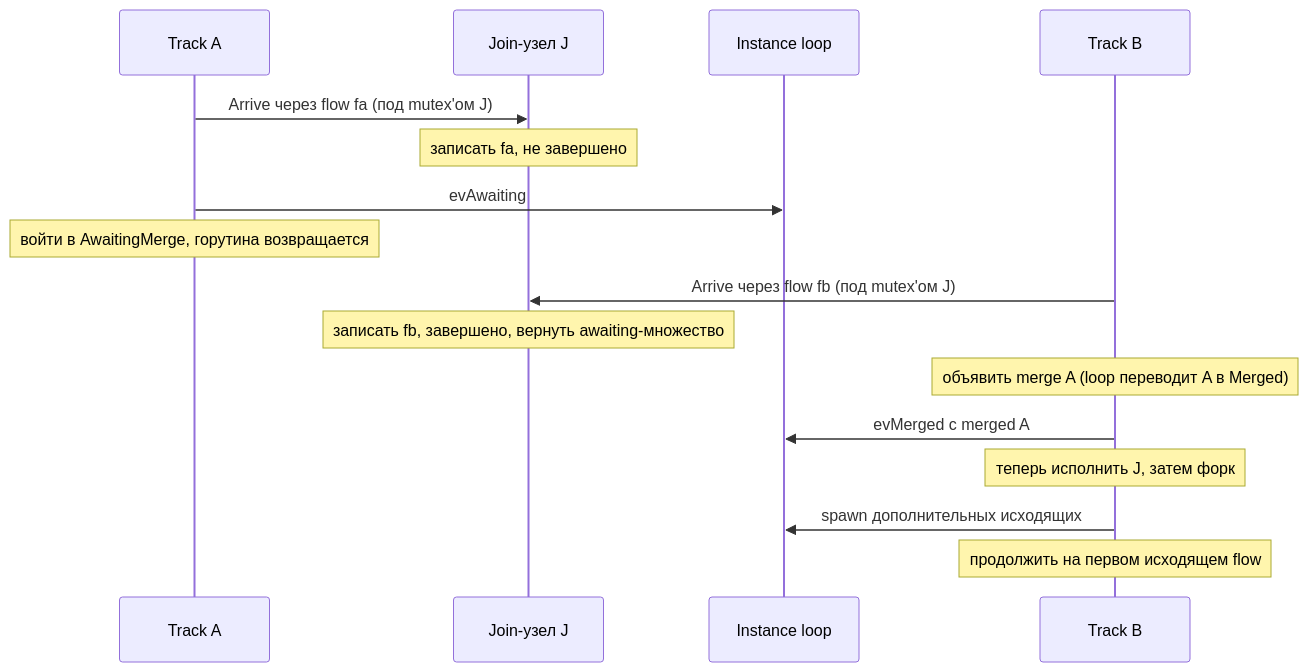
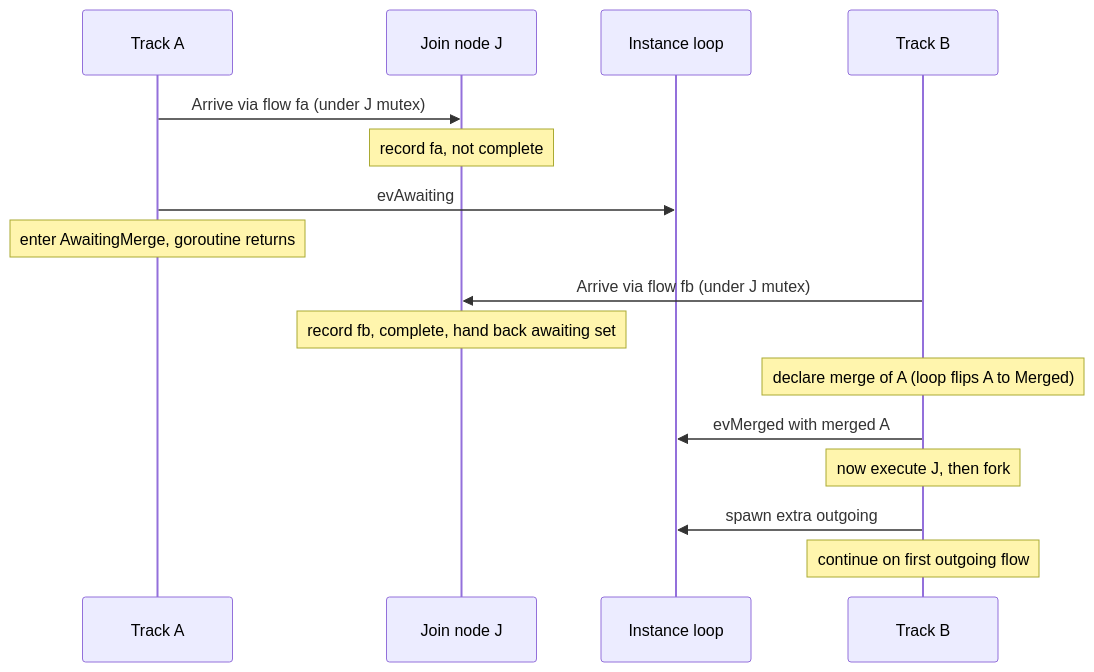
The second of 3 diagrams in docs/design/ADR-005-gateways-and-joins.ru.md (dr-dobermann/gobpm), drawn with Mermaid before and after one commit. The commit also changed other lines of this file and 11 other files, not shown here.

````diff
--- a/docs/design/ADR-005-gateways-and-joins.ru.md
+++ b/docs/design/ADR-005-gateways-and-joins.ru.md
@@ -215,18 +222,18 @@
 ```mermaid
 sequenceDiagram
     participant A as Track A
-    participant J as Join-узел J
+    participant J as Join node J
     participant L as Instance loop
     participant B as Track B
-    A->>J: Arrive через flow fa (под mutex'ом J)
-    Note over J: записать fa, не завершено
+    A->>J: Arrive via flow fa (under J mutex)
+    Note over J: record fa, not complete
     A->>L: evAwaiting
-    Note over A: войти в AwaitingMerge, горутина возвращается
-    B->>J: Arrive через flow fb (под mutex'ом J)
-    Note over J: записать fb, завершено, вернуть awaiting-множество
-    Note over B: объявить merge A (loop переводит A в Merged)
-    B->>L: evMerged с merged A
-    Note over B: теперь исполнить J, затем форк
-    B->>L: spawn дополнительных исходящих
-    Note over B: продолжить на первом исходящем flow
+    Note over A: enter AwaitingMerge, goroutine returns
+    B->>J: Arrive via flow fb (under J mutex)
+    Note over J: record fb, complete, hand back awaiting set
+    Note over B: declare merge of A (loop flips A to Merged)
+    B->>L: evMerged with merged A
+    Note over B: now execute J, then fork
+    B->>L: spawn extra outgoing
+    Note over B: continue on first outgoing flow
 ```
````
